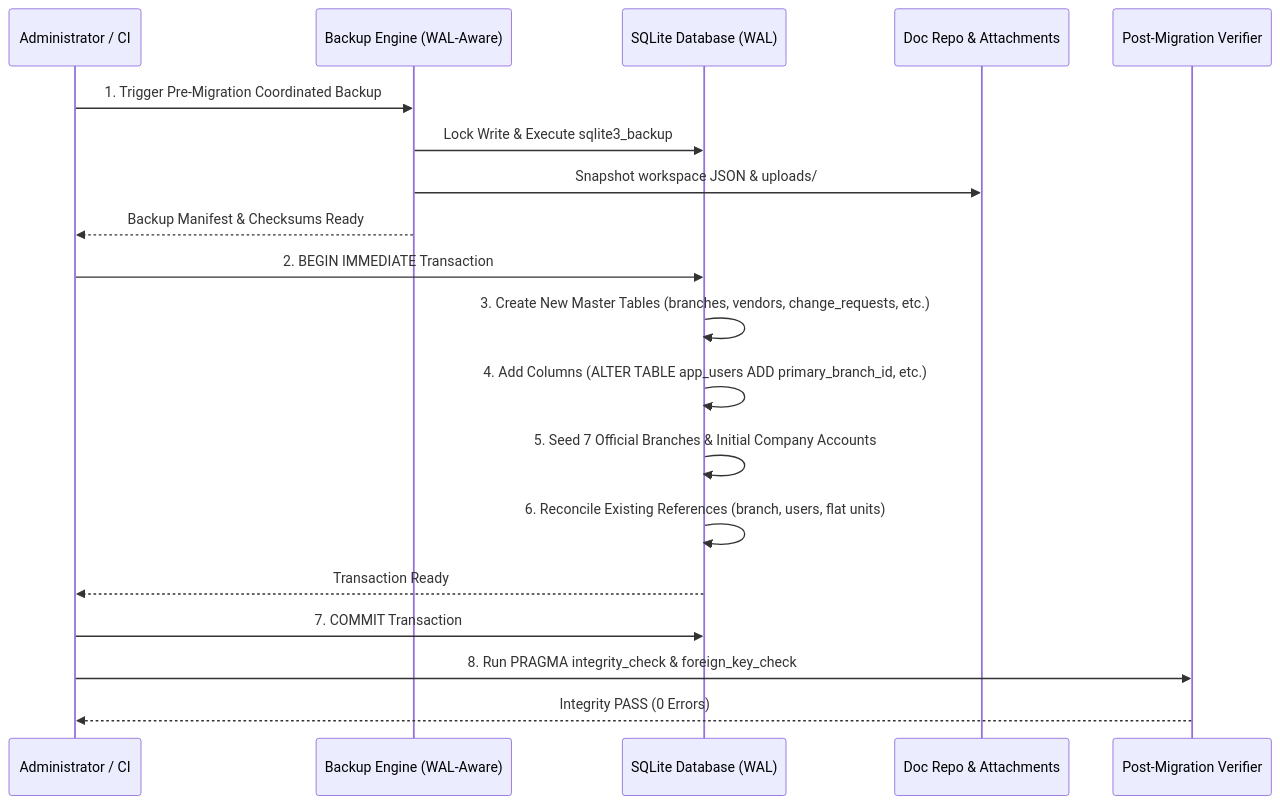
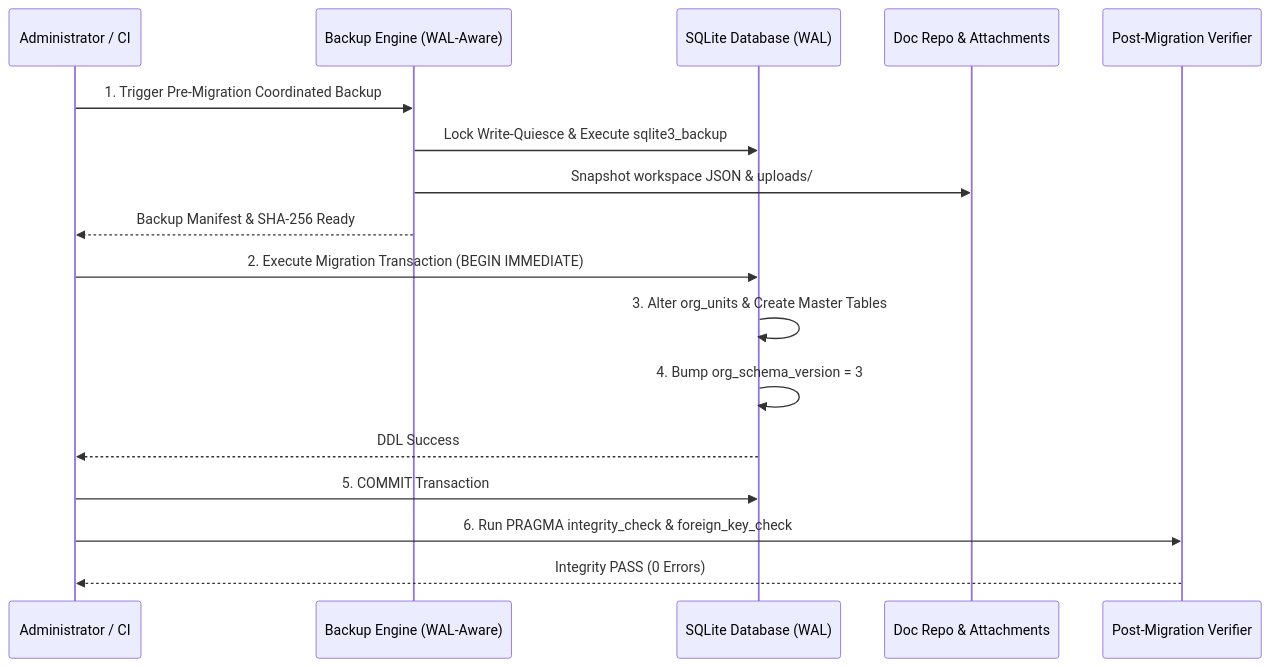
One commit to beerrros04/blc-procurement changed the diagram in docs/database/migration-and-reconciliation-plan.md. Above: the diagram before and after it, drawn with Mermaid. The commit also changed other lines of this file and 16 other files, not shown here.

````diff
--- a/docs/database/migration-and-reconciliation-plan.md
+++ b/docs/database/migration-and-reconciliation-plan.md
@@ -78,22 +172,20 @@
 ```mermaid
 sequenceDiagram
     participant Admin as Administrator / CI
     participant Backup as Backup Engine (WAL-Aware)
     participant SQLite as SQLite Database (WAL)
     participant Files as Doc Repo & Attachments
     participant Validator as Post-Migration Verifier
 
     Admin->>Backup: 1. Trigger Pre-Migration Coordinated Backup
-    Backup->>SQLite: Lock Write & Execute sqlite3_backup
+    Backup->>SQLite: Lock Write-Quiesce & Execute sqlite3_backup
     Backup->>Files: Snapshot workspace JSON & uploads/
-    Backup-->>Admin: Backup Manifest & Checksums Ready
-    Admin->>SQLite: 2. BEGIN IMMEDIATE Transaction
-    SQLite->>SQLite: 3. Create New Master Tables (branches, vendors, change_requests, etc.)
-    SQLite->>SQLite: 4. Add Columns (ALTER TABLE app_users ADD primary_branch_id, etc.)
-    SQLite->>SQLite: 5. Seed 7 Official Branches & Initial Company Accounts
-    SQLite->>SQLite: 6. Reconcile Existing References (branch, users, flat units)
-    SQLite-->>Admin: Transaction Ready
-    Admin->>SQLite: 7. COMMIT Transaction
-    Admin->>Validator: 8. Run PRAGMA integrity_check & foreign_key_check
+    Backup-->>Admin: Backup Manifest & SHA-256 Ready
+    Admin->>SQLite: 2. Execute Migration Transaction (BEGIN IMMEDIATE)
+    SQLite->>SQLite: 3. Alter org_units & Create Master Tables
+    SQLite->>SQLite: 4. Bump org_schema_version = 3
+    SQLite-->>Admin: DDL Success
+    Admin->>SQLite: 5. COMMIT Transaction
+    Admin->>Validator: 6. Run PRAGMA integrity_check & foreign_key_check
     Validator-->>Admin: Integrity PASS (0 Errors)
 ```
````
